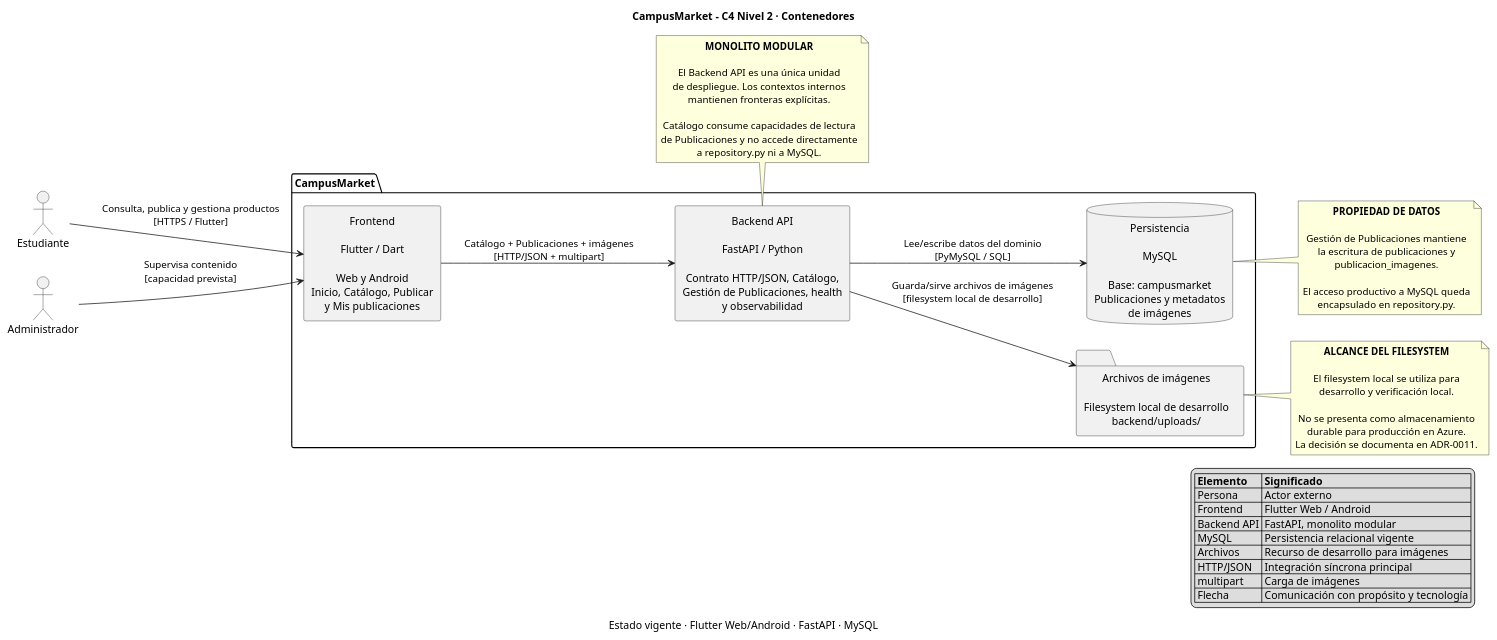
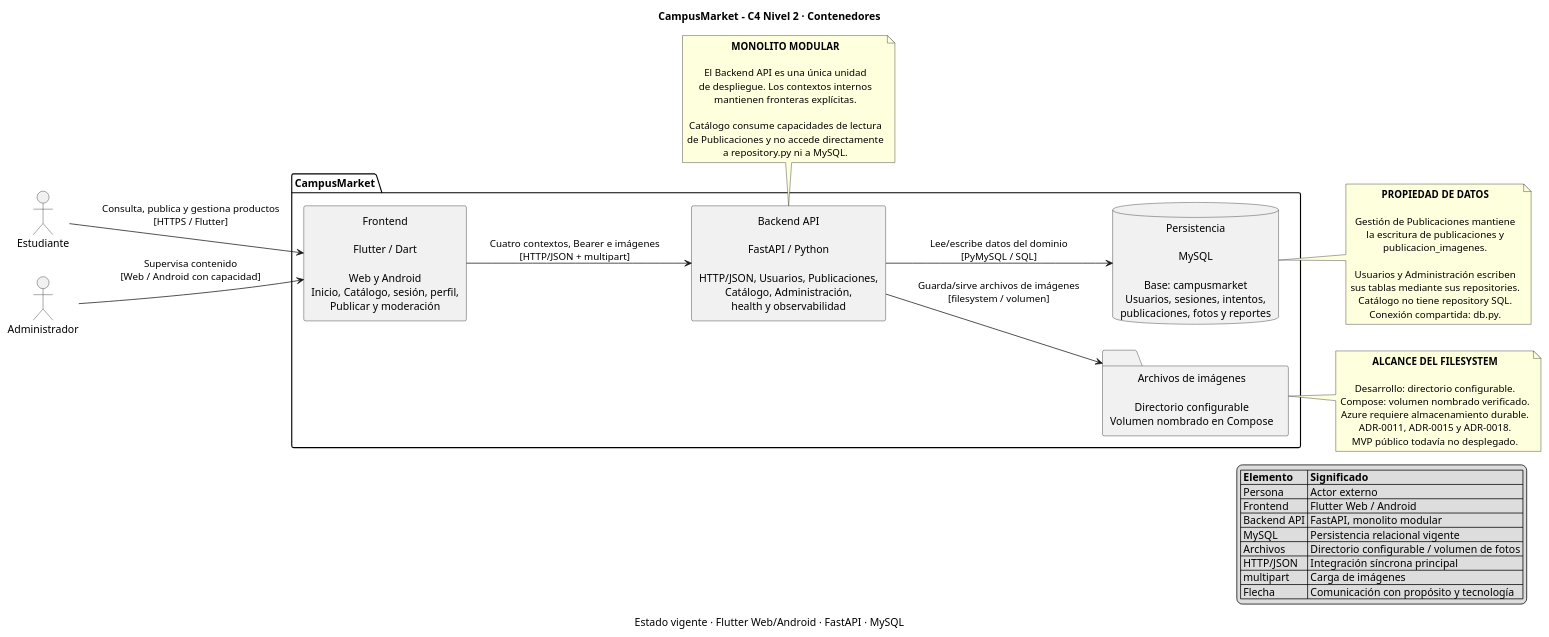
The diagram in docs/c4/02-contenedores.puml (ISCOUTB/AS_202620_PROYECTO_CAMPUSMARKET), drawn with PlantUML before and after one commit. The commit also changed 32 other files, not shown here.

```diff
--- a/docs/c4/02-contenedores.puml
+++ b/docs/c4/02-contenedores.puml
@@ -1,78 +1,79 @@
 @startuml
 
 title CampusMarket - C4 Nivel 2 · Contenedores
 caption Estado vigente · Flutter Web/Android · FastAPI · MySQL
 
 left to right direction
 
 skinparam shadowing false
 skinparam actorStyle stickman
 skinparam defaultTextAlignment center
 
 actor "Estudiante" as estudiante
 actor "Administrador" as administrador
 
 package "CampusMarket" {
-    rectangle "Frontend\n\nFlutter / Dart\n\nWeb y Android\nInicio, Catálogo, Publicar\ny Mis publicaciones" as frontend
+    rectangle "Frontend\n\nFlutter / Dart\n\nWeb y Android\nInicio, Catálogo, sesión, perfil,\nPublicar y moderación" as frontend
 
-    rectangle "Backend API\n\nFastAPI / Python\n\nContrato HTTP/JSON, Catálogo,\nGestión de Publicaciones, health\ny observabilidad" as backend
+    rectangle "Backend API\n\nFastAPI / Python\n\nHTTP/JSON, Usuarios, Publicaciones,\nCatálogo, Administración,\nhealth y observabilidad" as backend
 
-    database "Persistencia\n\nMySQL\n\nBase: campusmarket\nPublicaciones y metadatos\nde imágenes" as mysql
+    database "Persistencia\n\nMySQL\n\nBase: campusmarket\nUsuarios, sesiones, intentos,\npublicaciones, fotos y reportes" as mysql
 
-    folder "Archivos de imágenes\n\nFilesystem local de desarrollo\nbackend/uploads/" as uploads
+    folder "Archivos de imágenes\n\nDirectorio configurable\nVolumen nombrado en Compose" as uploads
 }
 
 estudiante --> frontend : Consulta, publica y gestiona productos\n[HTTPS / Flutter]
-administrador --> frontend : Supervisa contenido\n[capacidad prevista]
+administrador --> frontend : Supervisa contenido\n[Web / Android con capacidad]
 
-frontend --> backend : Catálogo + Publicaciones + imágenes\n[HTTP/JSON + multipart]
+frontend --> backend : Cuatro contextos, Bearer e imágenes\n[HTTP/JSON + multipart]
 backend --> mysql : Lee/escribe datos del dominio\n[PyMySQL / SQL]
-backend --> uploads : Guarda/sirve archivos de imágenes\n[filesystem local de desarrollo]
+backend --> uploads : Guarda/sirve archivos de imágenes\n[filesystem / volumen]
 
 note bottom of backend
 **MONOLITO MODULAR**
 
 El Backend API es una única unidad
 de despliegue. Los contextos internos
 mantienen fronteras explícitas.
 
 Catálogo consume capacidades de lectura
 de Publicaciones y no accede directamente
 a repository.py ni a MySQL.
 end note
 
 note right of uploads
 **ALCANCE DEL FILESYSTEM**
 
-El filesystem local se utiliza para
-desarrollo y verificación local.
-
-No se presenta como almacenamiento
-durable para producción en Azure.
-La decisión se documenta en ADR-0011.
+Desarrollo: directorio configurable.
+Compose: volumen nombrado verificado.
+Azure requiere almacenamiento durable.
+ADR-0011, ADR-0015 y ADR-0018.
+MVP público todavía no desplegado.
 end note
 
 note right of mysql
 **PROPIEDAD DE DATOS**
 
 Gestión de Publicaciones mantiene
 la escritura de publicaciones y
 publicacion_imagenes.
 
-El acceso productivo a MySQL queda
-encapsulado en repository.py.
+Usuarios y Administración escriben
+sus tablas mediante sus repositories.
+Catálogo no tiene repository SQL.
+Conexión compartida: db.py.
 end note
 
 legend right
 |= Elemento |= Significado |
 | Persona | Actor externo |
 | Frontend | Flutter Web / Android |
 | Backend API | FastAPI, monolito modular |
 | MySQL | Persistencia relacional vigente |
-| Archivos | Recurso de desarrollo para imágenes |
+| Archivos | Directorio configurable / volumen de fotos |
 | HTTP/JSON | Integración síncrona principal |
 | multipart | Carga de imágenes |
 | Flecha | Comunicación con propósito y tecnología |
 endlegend
 
 @enduml
```
